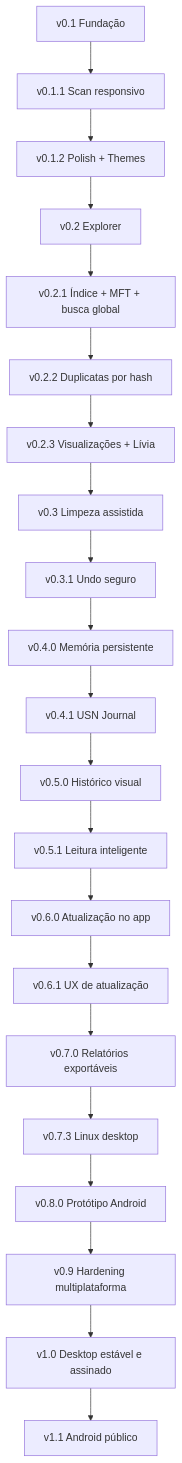
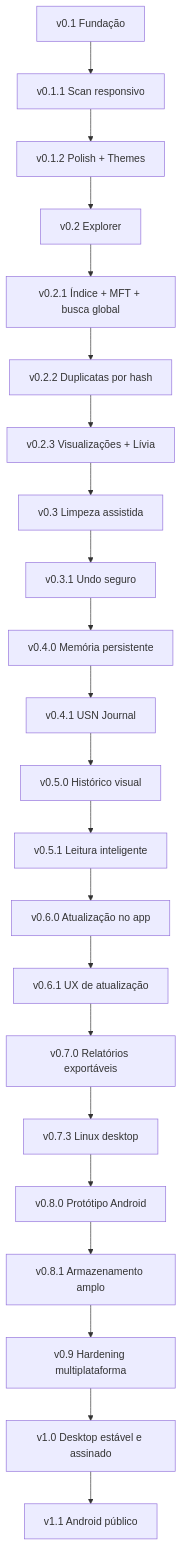
Before and after one commit to tombemol/L.I.V.I.A: diagram 13 of 13 in README.md, drawn with Mermaid. The commit also changed other lines of this file and 17 other files, not shown here.

First line of the commit message:
Android v0.8.1: armazenamento amplo e ícone correto

````diff
--- a/README.md
+++ b/README.md
@@ -661,23 +694,24 @@
 ```mermaid
 flowchart TD
     A[v0.1 Fundação] --> B[v0.1.1 Scan responsivo]
     B --> C[v0.1.2 Polish + Themes]
     C --> D[v0.2 Explorer]
     D --> E[v0.2.1 Índice + MFT + busca global]
     E --> F[v0.2.2 Duplicatas por hash]
     F --> V[v0.2.3 Visualizações + Lívia]
     V --> G[v0.3 Limpeza assistida]
     G --> U[v0.3.1 Undo seguro]
     U --> M[v0.4.0 Memória persistente]
     M --> H[v0.4.1 USN Journal]
     H --> V5[v0.5.0 Histórico visual]
     V5 --> V51[v0.5.1 Leitura inteligente]
     V51 --> V6[v0.6.0 Atualização no app]
     V6 --> V61[v0.6.1 UX de atualização]
     V61 --> V7[v0.7.0 Relatórios exportáveis]
     V7 --> V73[v0.7.3 Linux desktop]
     V73 --> V8[v0.8.0 Protótipo Android]
-    V8 --> V9[v0.9 Hardening multiplataforma]
+    V8 --> V81[v0.8.1 Armazenamento amplo]
+    V81 --> V9[v0.9 Hardening multiplataforma]
     V9 --> I[v1.0 Desktop estável e assinado]
     I --> V11[v1.1 Android público]
 ```
````
